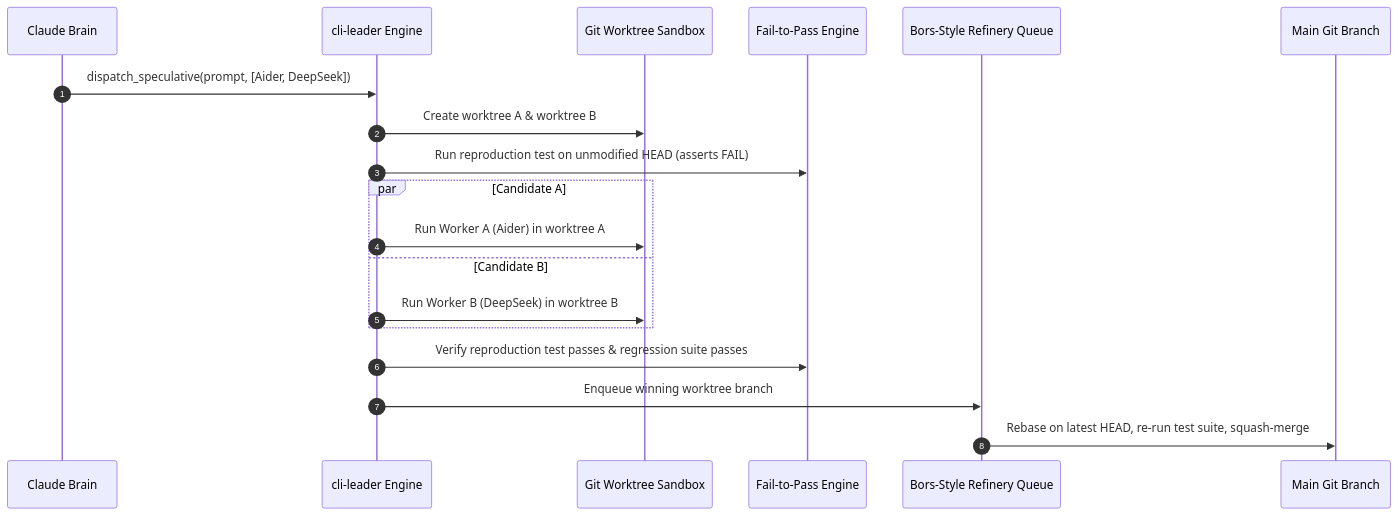
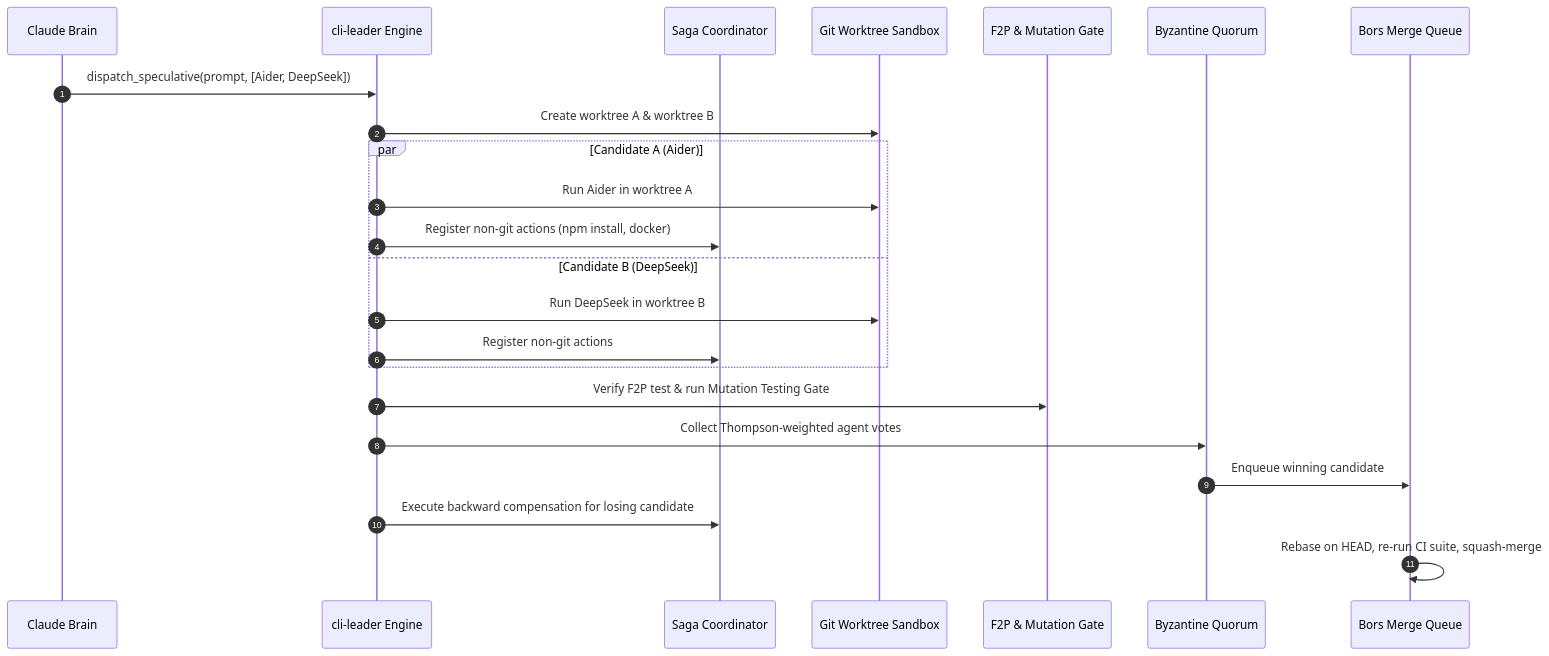
One commit to 01RG0/cli-leader changed the first of 2 diagrams in docs/ARCHITECTURE.md. Above: the diagram before and after it, drawn with Mermaid. The commit also changed other lines of this file and 4 other files, not shown here.

Commit message:
docs: add ecosystem innovations, ACP, mutation testing, OTP trees, Sagas, and durable replay

````diff
--- a/docs/ARCHITECTURE.md
+++ b/docs/ARCHITECTURE.md
@@ -115,22 +109,26 @@
 ```mermaid
 sequenceDiagram
     autonumber
     participant Brain as Claude Brain
     participant Orch as cli-leader Engine
+    participant Saga as Saga Coordinator
     participant WT as Git Worktree Sandbox
-    participant F2P as Fail-to-Pass Engine
-    participant Refinery as Bors-Style Refinery Queue
-    participant Git as Main Git Branch
+    participant F2P as F2P & Mutation Gate
+    participant Quorum as Byzantine Quorum
+    participant Refinery as Bors Merge Queue
 
     Brain->>Orch: dispatch_speculative(prompt, [Aider, DeepSeek])
     Orch->>WT: Create worktree A & worktree B
-    Orch->>F2P: Run reproduction test on unmodified HEAD (asserts FAIL)
-    par Candidate A
-        Orch->>WT: Run Worker A (Aider) in worktree A
-    and Candidate B
-        Orch->>WT: Run Worker B (DeepSeek) in worktree B
+    par Candidate A (Aider)
+        Orch->>WT: Run Aider in worktree A
+        Orch->>Saga: Register non-git actions (npm install, docker)
+    and Candidate B (DeepSeek)
+        Orch->>WT: Run DeepSeek in worktree B
+        Orch->>Saga: Register non-git actions
     end
-    Orch->>F2P: Verify reproduction test passes & regression suite passes
-    Orch->>Refinery: Enqueue winning worktree branch
-    Refinery->>Git: Rebase on latest HEAD, re-run test suite, squash-merge
+    Orch->>F2P: Verify F2P test & run Mutation Testing Gate
+    Orch->>Quorum: Collect Thompson-weighted agent votes
+    Quorum->>Refinery: Enqueue winning candidate
+    Orch->>Saga: Execute backward compensation for losing candidate
+    Refinery->>Refinery: Rebase on HEAD, re-run CI suite, squash-merge
 ```
````
